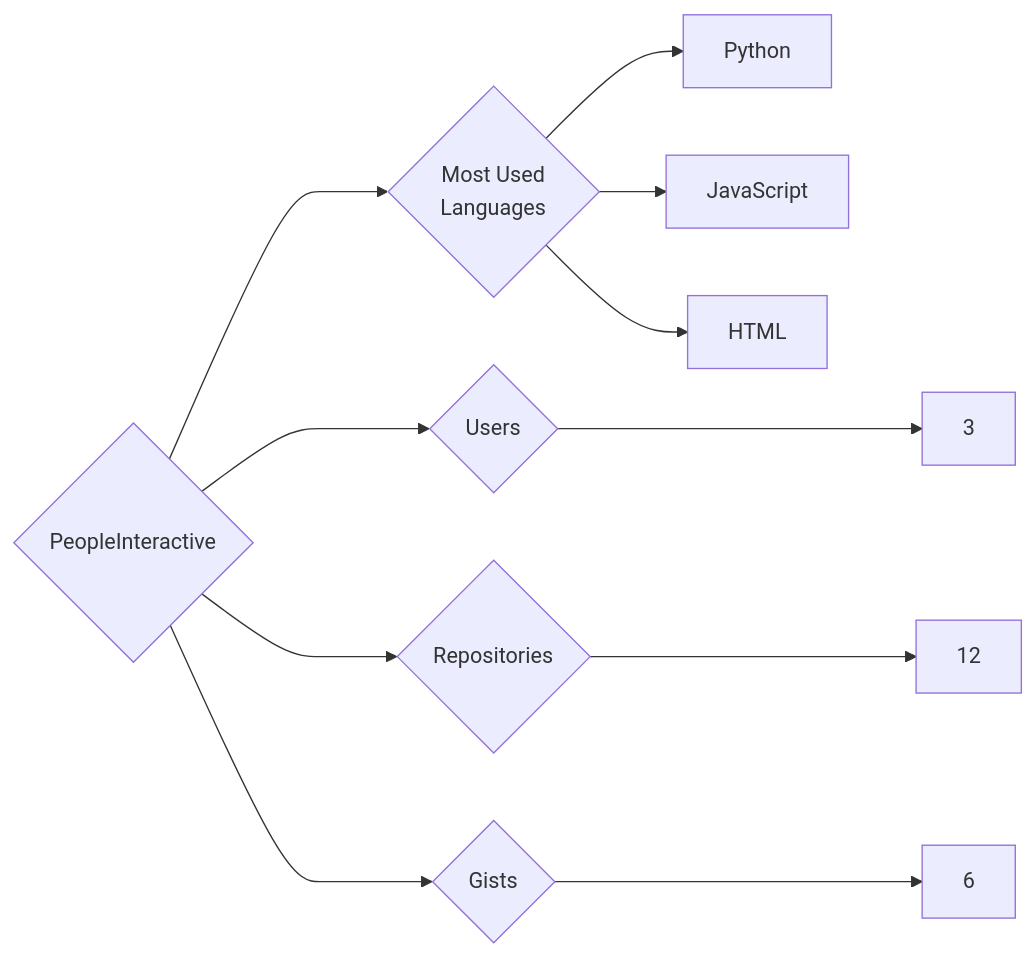
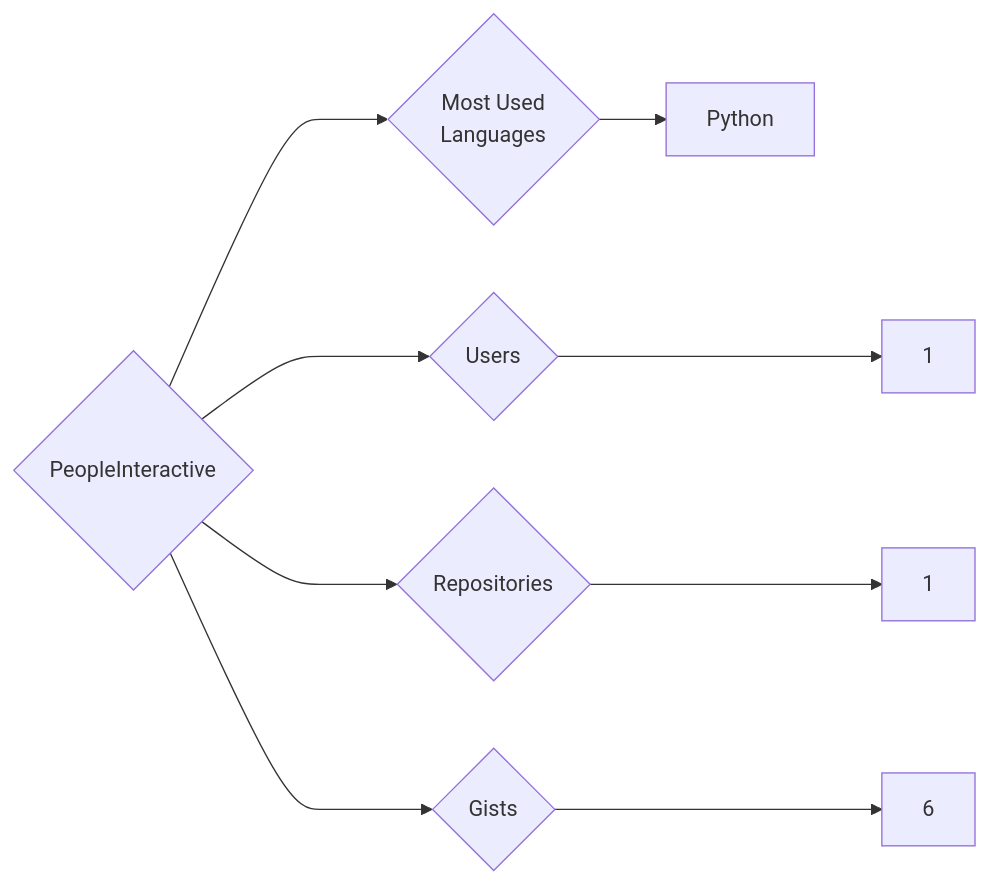
One commit to trickest/insiders changed the diagram in targets/PeopleInteractive/README.md. Above: the diagram before and after it, drawn with Mermaid. The commit also changed 964 other files, not shown here.

````diff
--- a/targets/PeopleInteractive/README.md
+++ b/targets/PeopleInteractive/README.md
@@ -3,11 +3,9 @@
 ```mermaid
 graph LR
 COMPANY_NAME{PeopleInteractive}
-COMPANY_NAME ---> U{Users} ---> UN[3]
-COMPANY_NAME ---> R{Repositories} ---> RN[12]
+COMPANY_NAME ---> U{Users} ---> UN[1]
+COMPANY_NAME ---> R{Repositories} ---> RN[1]
 COMPANY_NAME ---> G{Gists} ---> GN[6]
 COMPANY_NAME ---> ML{Most Used<br>Languages}
 ML --> Python[Python]
-ML --> JavaScript[JavaScript]
-ML --> HTML[HTML]
 ```
````
